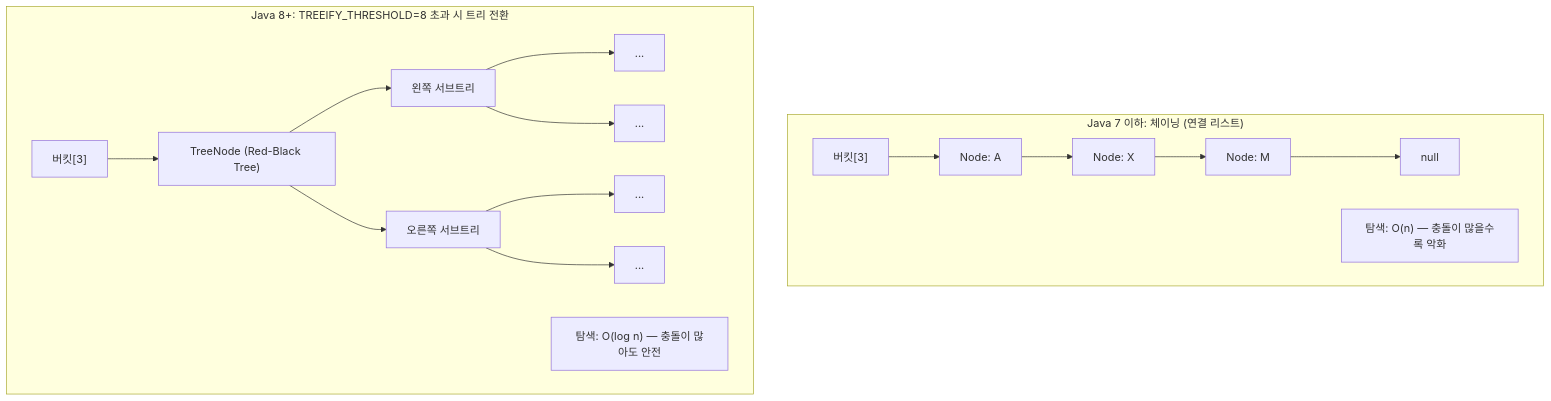
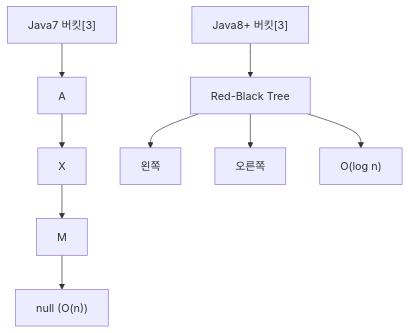
Before and after one commit to yjkim2015/yjkim2015.github.io: the seventh of 21 diagrams in _posts/java/2026-05-01-java-collections.md, drawn with Mermaid. The commit also changed other lines of this file and 215 other files, not shown here.

First line of the commit message:
신규 포스트 10개 추가 + Mermaid 전면 축소 + SystemDesign 시리즈 보강

````diff
--- a/_posts/java/2026-05-01-java-collections.md
+++ b/_posts/java/2026-05-01-java-collections.md
@@ -384,17 +307,6 @@
 ```mermaid
 graph TD
-  subgraph "Java 7 이하: 체이닝 (연결 리스트)"
-    B3A["버킷[3]"] --> NA["Node: A"] --> NX["Node: X"] --> NM["Node: M"] --> NULL1["null"]
-    NOTE1["탐색: O(n) — 충돌이 많을수록 악화"]
-  end
-  subgraph "Java 8+: TREEIFY_THRESHOLD=8 초과 시 트리 전환"
-    B3B["버킷[3]"] --> TREE["TreeNode (Red-Black Tree)"]
-    TREE --> L["왼쪽 서브트리"]
-    TREE --> R["오른쪽 서브트리"]
-    L --> LL["..."]
-    L --> LR["..."]
-    R --> RL["..."]
-    R --> RR["..."]
-    NOTE2["탐색: O(log n) — 충돌이 많아도 안전"]
-  end
+    B3A["Java7 버킷[3]"] --> NA["A"] --> NX["X"] --> NM["M"] --> NULL1["null (O(n))"]
+    B3B["Java8+ 버킷[3]"] --> TREE["Red-Black Tree"] --> L["왼쪽"] & R["오른쪽"]
+    TREE --> NOTE2["O(log n)"]
 ```
````
